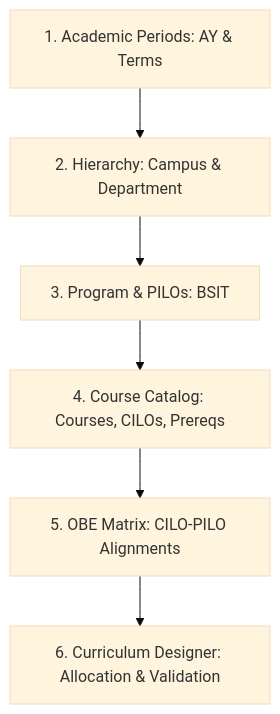
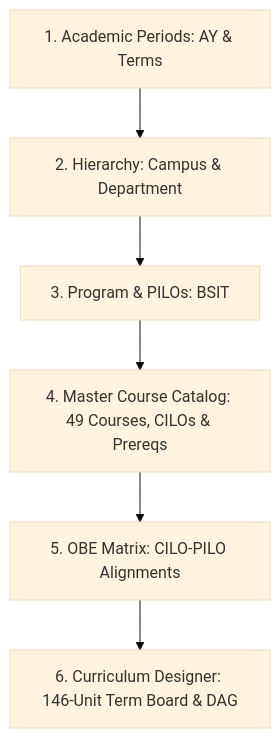
The first of 3 diagrams in student-digital-twin/04 Manual Testing/01 Institutional Setup & Curriculum Designer Manual Testing Guide (CHED CMO 25 s. 2015).md (kebinmb/student-digital-twin-v1.0.0-backend), drawn with Mermaid (base theme) before and after one commit. The commit also changed other lines of this file and 45 other files, not shown here.

````diff
--- a/student-digital-twin/04 Manual Testing/01 Institutional Setup & Curriculum Designer Manual Testing Guide (CHED CMO 25 s. 2015).md
+++ b/student-digital-twin/04 Manual Testing/01 Institutional Setup & Curriculum Designer Manual Testing Guide (CHED CMO 25 s. 2015).md
@@ -78,8 +93,8 @@
 ```mermaid
 graph TD
     AY[1. Academic Periods: AY & Terms] --> HIER[2. Hierarchy: Campus & Department]
     HIER --> PROG[3. Program & PILOs: BSIT]
-    PROG --> CC[4. Course Catalog: Courses, CILOs, Prereqs]
+    PROG --> CC[4. Master Course Catalog: 49 Courses, CILOs & Prereqs]
     CC --> OBE[5. OBE Matrix: CILO-PILO Alignments]
-    OBE --> CURR[6. Curriculum Designer: Allocation & Validation]
+    OBE --> CURR[6. Curriculum Designer: 146-Unit Term Board & DAG]
 ```
````
